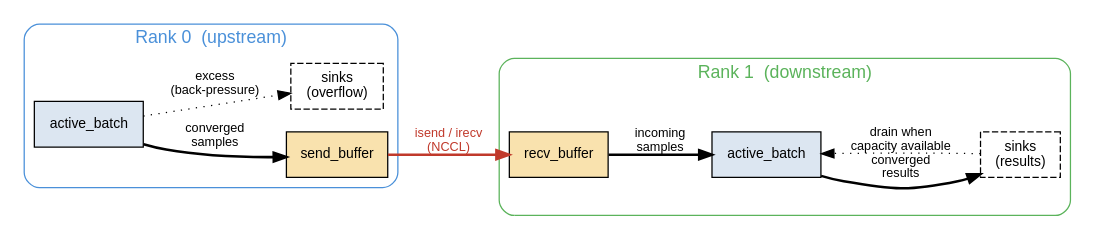
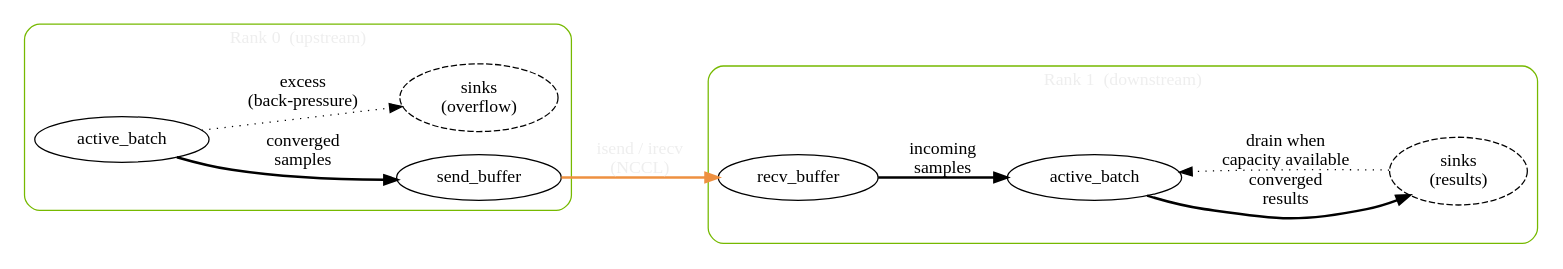
Before and after one commit to NVIDIA/nvalchemi-toolkit: the diagram in docs/userguide/dynamics.md, drawn with Graphviz. The commit also changed 140 other files, not shown here.

````diff
--- a/docs/userguide/dynamics.md
+++ b/docs/userguide/dynamics.md
@@ -236,48 +236,45 @@
 ```{graphviz}
 :caption: Buffer synchronization between two adjacent ranks in a DistributedPipeline.
 
 digraph buffer_sync {
     rankdir=LR
     compound=true
-    fontname="Helvetica"
-    node [fontname="Helvetica" fontsize=11]
-    edge [fontname="Helvetica" fontsize=10]
 
     subgraph cluster_upstream {
         label="Rank 0  (upstream)"
         style=rounded
-        color="#4a90d9"
-        fontcolor="#4a90d9"
+        color="#76b900"
+        fontcolor="#eeeeee"
 
-        u_batch [label="active_batch" shape=box style=filled fillcolor="#dce6f1"]
-        u_send  [label="send_buffer"  shape=box style=filled fillcolor="#f9e2ae"]
-        u_sinks [label="sinks\n(overflow)" shape=box style=dashed]
+        u_batch [label="active_batch"]
+        u_send  [label="send_buffer" fillcolor="#4a3315"]
+        u_sinks [label="sinks\n(overflow)" style=dashed]
 
         u_batch -> u_send [label="converged\nsamples" style=bold]
         u_batch -> u_sinks [label="excess\n(back-pressure)" style=dotted]
     }
 
     subgraph cluster_downstream {
         label="Rank 1  (downstream)"
         style=rounded
-        color="#5bb35b"
-        fontcolor="#5bb35b"
+        color="#76b900"
+        fontcolor="#eeeeee"
 
-        d_recv  [label="recv_buffer"  shape=box style=filled fillcolor="#f9e2ae"]
-        d_batch [label="active_batch" shape=box style=filled fillcolor="#dce6f1"]
-        d_sinks [label="sinks\n(results)" shape=box style=dashed]
+        d_recv  [label="recv_buffer" fillcolor="#4a3315"]
+        d_batch [label="active_batch"]
+        d_sinks [label="sinks\n(results)" style=dashed]
 
         d_recv -> d_batch [label="incoming\nsamples" style=bold]
         d_batch -> d_sinks [label="converged\nresults" style=bold]
         d_sinks -> d_batch [label="drain when\ncapacity available" style=dotted]
     }
 
     u_send -> d_recv [
         label="isend / irecv\n(NCCL)";
         style=bold;
-        color="#c0392b";
-        fontcolor="#c0392b";
+        color="#ee9040";
+        fontcolor="#eeeeee";
         penwidth=2;
     ]
 }
 ```
````
